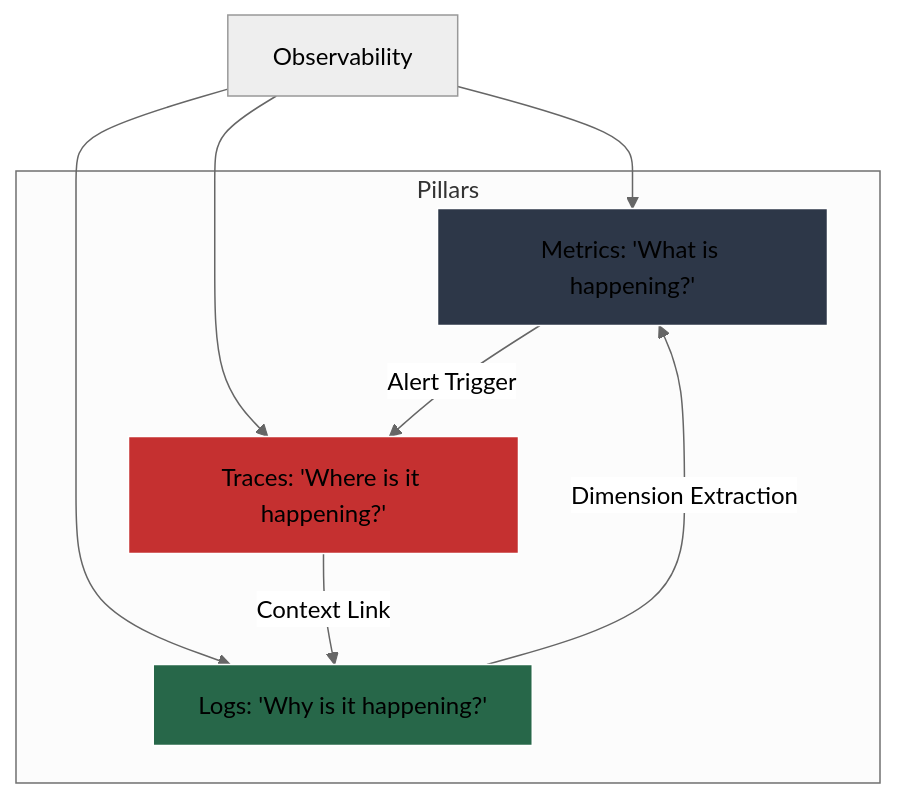
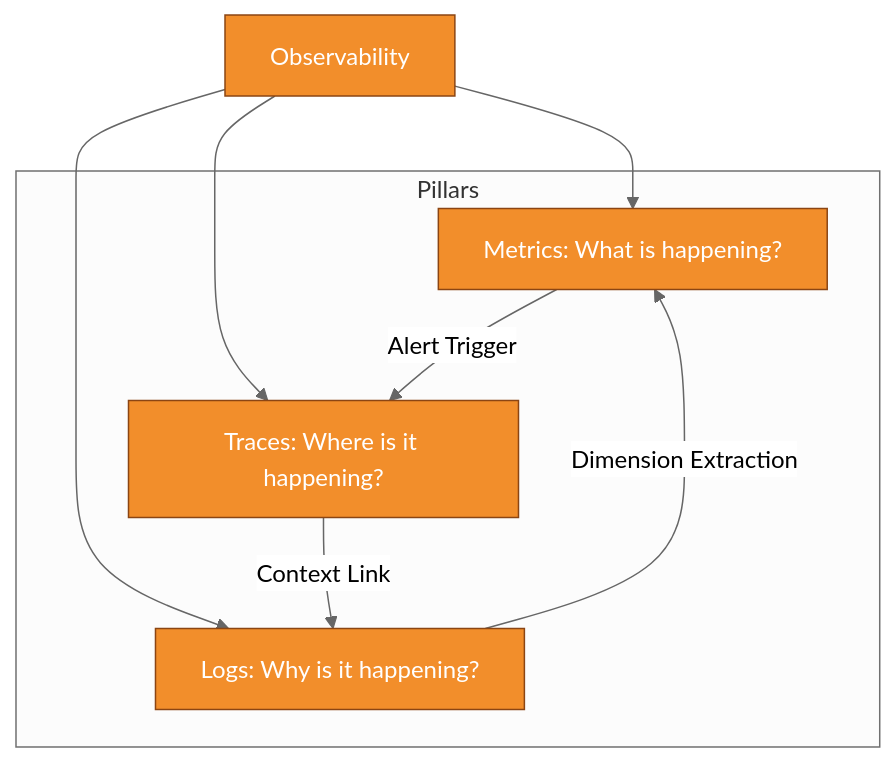
Before and after one commit to gchaitanyabharath9/omnigcloud: the first of 8 diagrams in src/app/[locale]/research/papers/a3-enterprise-observability-operational-intelligence/A3-PAPER-FULL.md, drawn with Mermaid (neutral theme). The commit also changed other lines of this file and 40 other files, not shown here.

````diff
--- a/src/app/[locale]/research/papers/a3-enterprise-observability-operational-intelligence/A3-PAPER-FULL.md
+++ b/src/app/[locale]/research/papers/a3-enterprise-observability-operational-intelligence/A3-PAPER-FULL.md
@@ -42,22 +66,26 @@
 ```mermaid
 graph TD
-    top_node[Observability]
-    
+    classDef Control fill:#4E79A7,stroke:#2C3E50,color:#fff;
+    classDef Data fill:#59A14F,stroke:#274E13,color:#fff;
+    classDef Policy fill:#9C6ADE,stroke:#4B0082,color:#fff;
+    classDef Obs fill:#F28E2B,stroke:#8B4513,color:#fff;
+    classDef Risk fill:#E15759,stroke:#7B241C,color:#fff;
+    classDef State fill:#76B7B2,stroke:#0E6251,color:#fff;
+    classDef Actor fill:#BAB0AC,stroke:#515A5A,color:#000;
+    top_node["Observability"]
     subgraph Pillars
-        Metrics["Metrics: 'What is happening?'"]
-        Logs["Logs: 'Why is it happening?'"]
-        Traces["Traces: 'Where is it happening?'"]
+    Metrics["Metrics: What is happening?"]
+    Logs["Logs: Why is it happening?"]
+    Traces["Traces: Where is it happening?"]
     end
-    
     top_node --> Metrics
     top_node --> Logs
     top_node --> Traces
-    
     Metrics -->|Alert Trigger| Traces
     Traces -->|Context Link| Logs
     Logs -->|Dimension Extraction| Metrics
-
-    style Metrics fill:#2d3748,stroke:#fff
-    style Logs fill:#276749,stroke:#fff
-    style Traces fill:#c53030,stroke:#fff
+    class top_node Obs;
+    class Metrics Obs;
+    class Logs Obs;
+    class Traces Obs;
 ```
````
